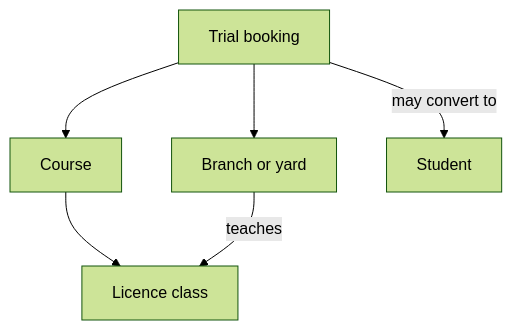
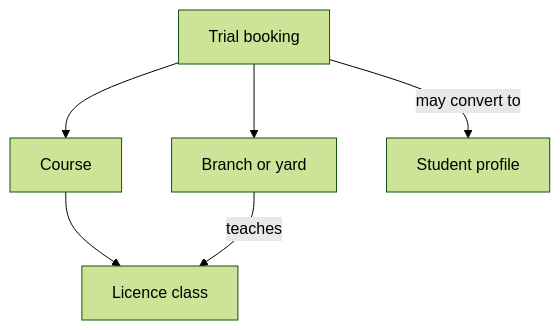
The second of 2 diagrams in docs/architecture/backend/domain-model.md (pathum-developer/school-ba), drawn with Mermaid (forest theme) before and after one commit. The commit also changed other lines of this file and 12 other files, not shown here.

First line of the commit message:
docs: align architecture with administration policy

````diff
--- a/docs/architecture/backend/domain-model.md
+++ b/docs/architecture/backend/domain-model.md
@@ -21,9 +116,9 @@
 ```mermaid
 flowchart TD
     LC[Licence class]
     C[Course] --> LC
     B[Branch or yard] -->|teaches| LC
     BK[Trial booking] --> C
     BK --> B
-    BK -->|may convert to| S[Student]
+    BK -->|may convert to| S[Student profile]
 ```
````
